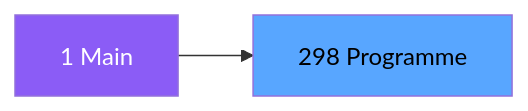
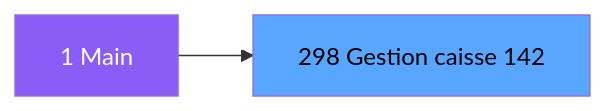
Before and after one commit to thonyAGP/magic-migration: the second of 3 diagrams in .openspec/specs/ADH-IDE-298.md, drawn with Mermaid. The commit also changed other lines of this file and 323 other files, not shown here.

````diff
--- a/.openspec/specs/ADH-IDE-298.md
+++ b/.openspec/specs/ADH-IDE-298.md
@@ -119,8 +128,8 @@
 ```mermaid
 graph LR
     M[1 Main]
-    T[298 Programme]
+    T[298 Gestion caisse 142]
     M --> T
     style M fill:#8b5cf6,color:#fff
     style T fill:#58a6ff,color:#000
 ```
````
